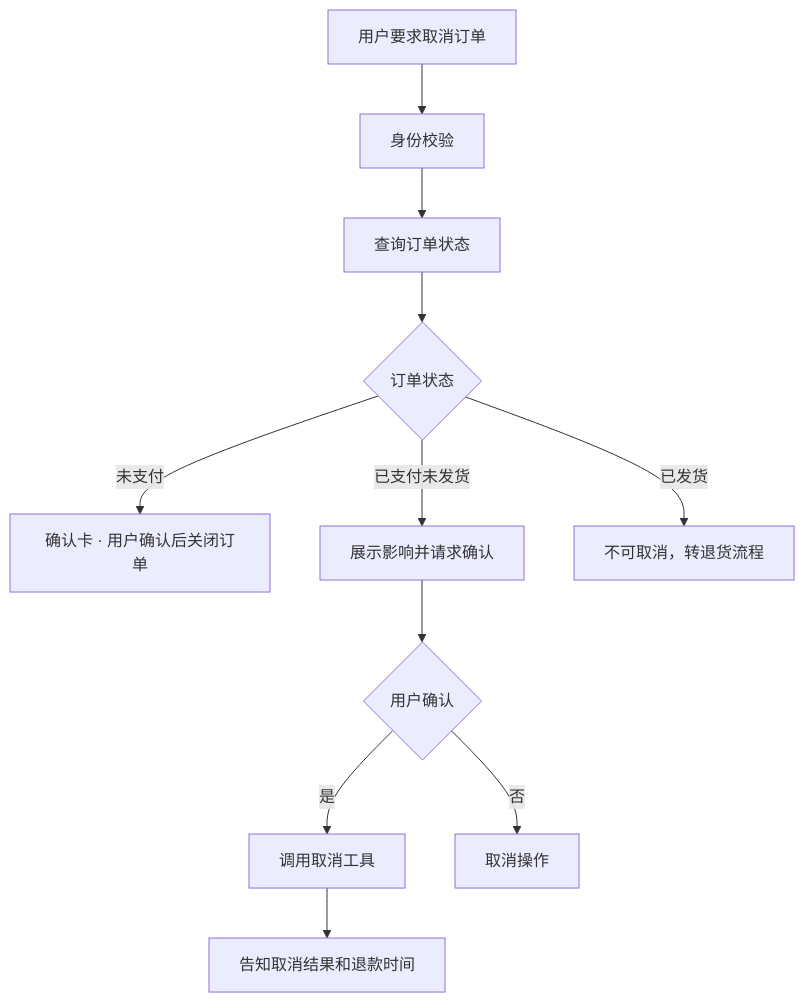
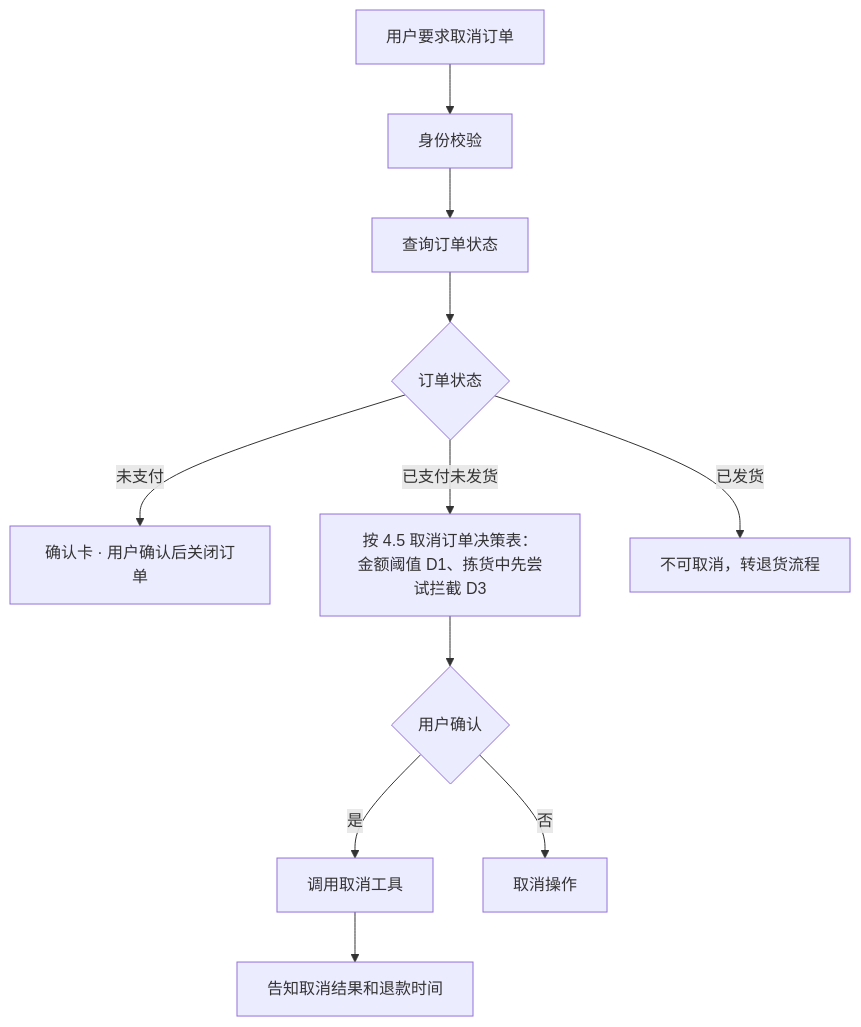
The sixth of 16 diagrams in ShopBot电商智能客服 PRD.md (yshihao636/shopbot-demo), drawn with Mermaid before and after one commit. The commit also changed other lines of this file, not shown here.

Commit message:
更新 PRD 至 v1.10：退货凭证规则、P0–P3 告警、追问上限、VIP 优先转接、人工客服节省率，补页面上线版本与流程图

````diff
--- a/ShopBot电商智能客服 PRD.md
+++ b/ShopBot电商智能客服 PRD.md
@@ -1130,13 +1240,13 @@
 ```mermaid
 flowchart TD
     A[用户要求取消订单] --> B[身份校验]
     B --> C[查询订单状态]
     C --> D{订单状态}
     D -- 未支付 --> E[确认卡 · 用户确认后关闭订单]
-    D -- 已支付未发货 --> F[展示影响并请求确认]
+    D -- 已支付未发货 --> F[按 4.5 取消订单决策表：<br>金额阈值 D1、拣货中先尝试拦截 D3]
     F --> G{用户确认}
     G -- 是 --> H[调用取消工具]
     G -- 否 --> I[取消操作]
     D -- 已发货 --> J[不可取消，转退货流程]
     H --> K[告知取消结果和退款时间]
 ```
````
